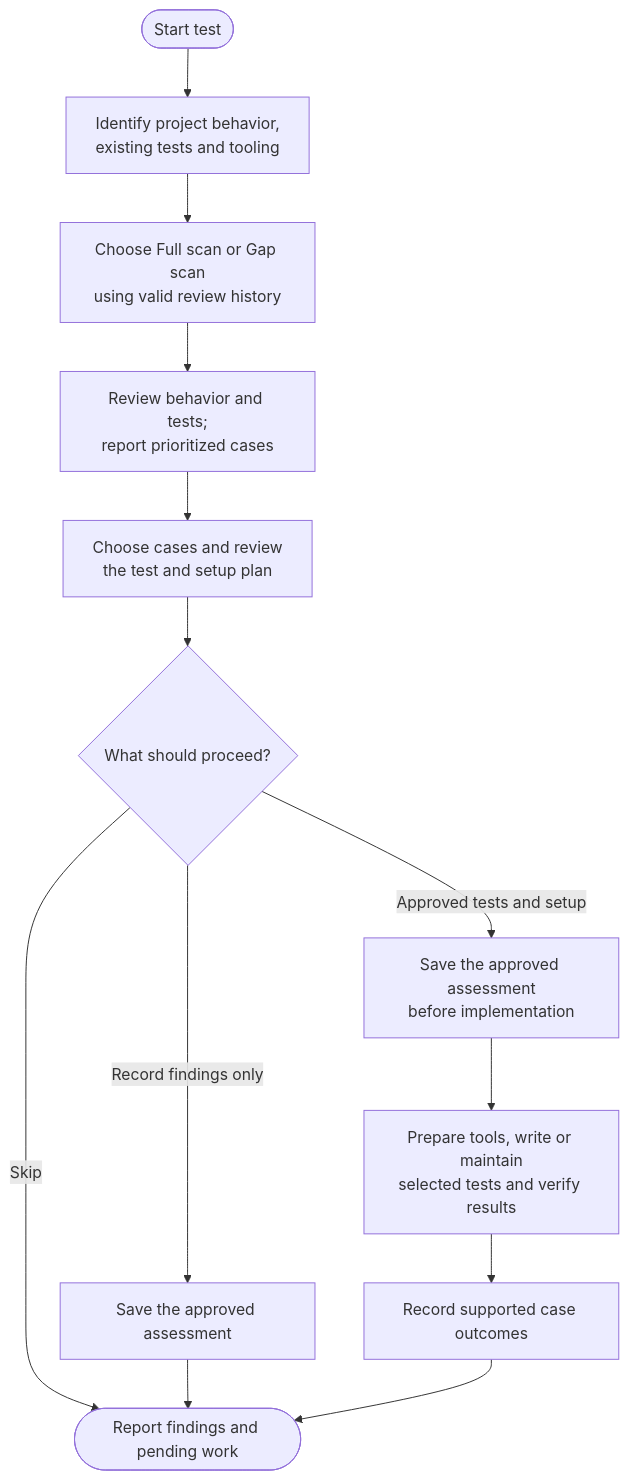
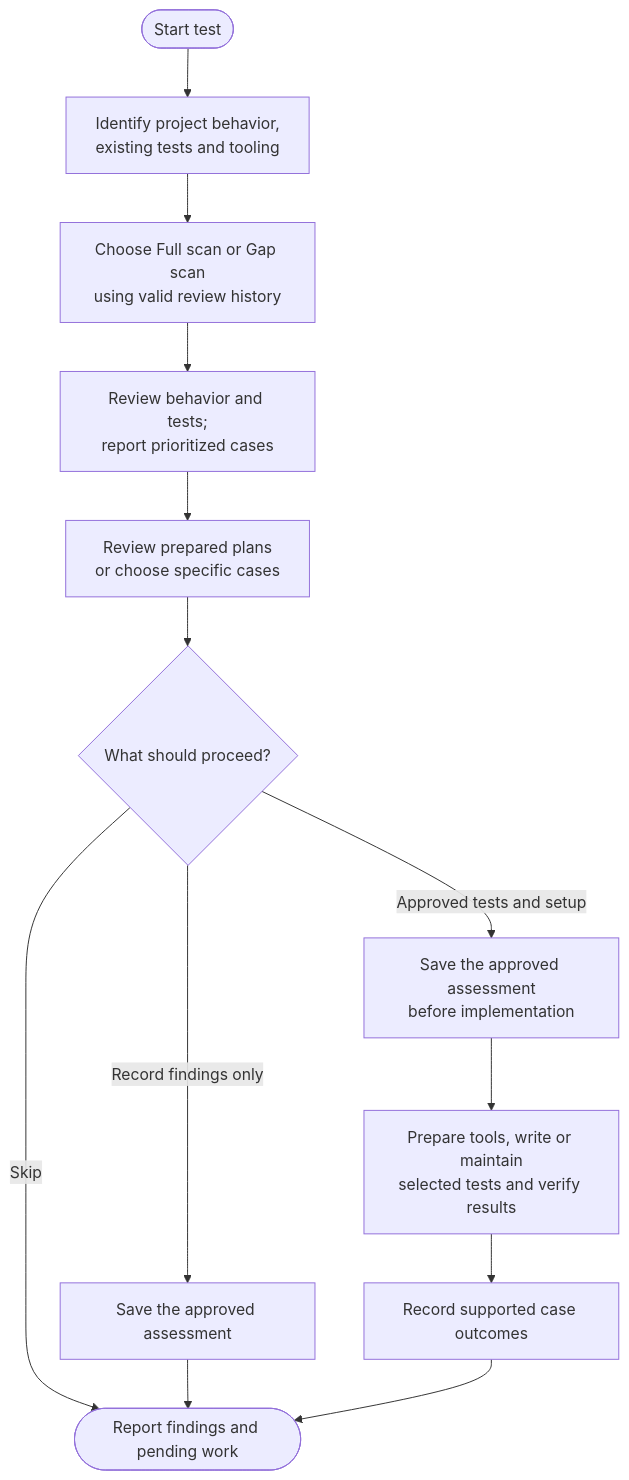
One commit to myowinthein/agent-helm changed the diagram in docs/commands/test/detailed.md. Above: the diagram before and after it, drawn with Mermaid. The commit also changed other lines of this file and 37 other files, not shown here.

````diff
--- a/docs/commands/test/detailed.md
+++ b/docs/commands/test/detailed.md
@@ -22,15 +22,15 @@
 ```mermaid
 flowchart TD
   Start(["Start test"]) --> Inspect["Identify project behavior,<br/>existing tests and tooling"]
   Inspect --> Scope["Choose Full scan or Gap scan<br/>using valid review history"]
   Scope --> Assess["Review behavior and tests;<br/>report prioritized cases"]
-  Assess --> Select["Choose cases and review<br/>the test and setup plan"]
+  Assess --> Select["Review prepared plans<br/>or choose specific cases"]
   Select --> Choice{"What should proceed?"}
   Choice -->|Skip| End(["Report findings and pending work"])
   Choice -->|Record findings only| Record["Save the approved assessment"]
   Choice -->|Approved tests and setup| Checkpoint["Save the approved assessment<br/>before implementation"]
   Record --> End
   Checkpoint --> Work["Prepare tools, write or maintain<br/>selected tests and verify results"]
   Work --> Evidence["Record supported case outcomes"]
   Evidence --> End
 ```
````
